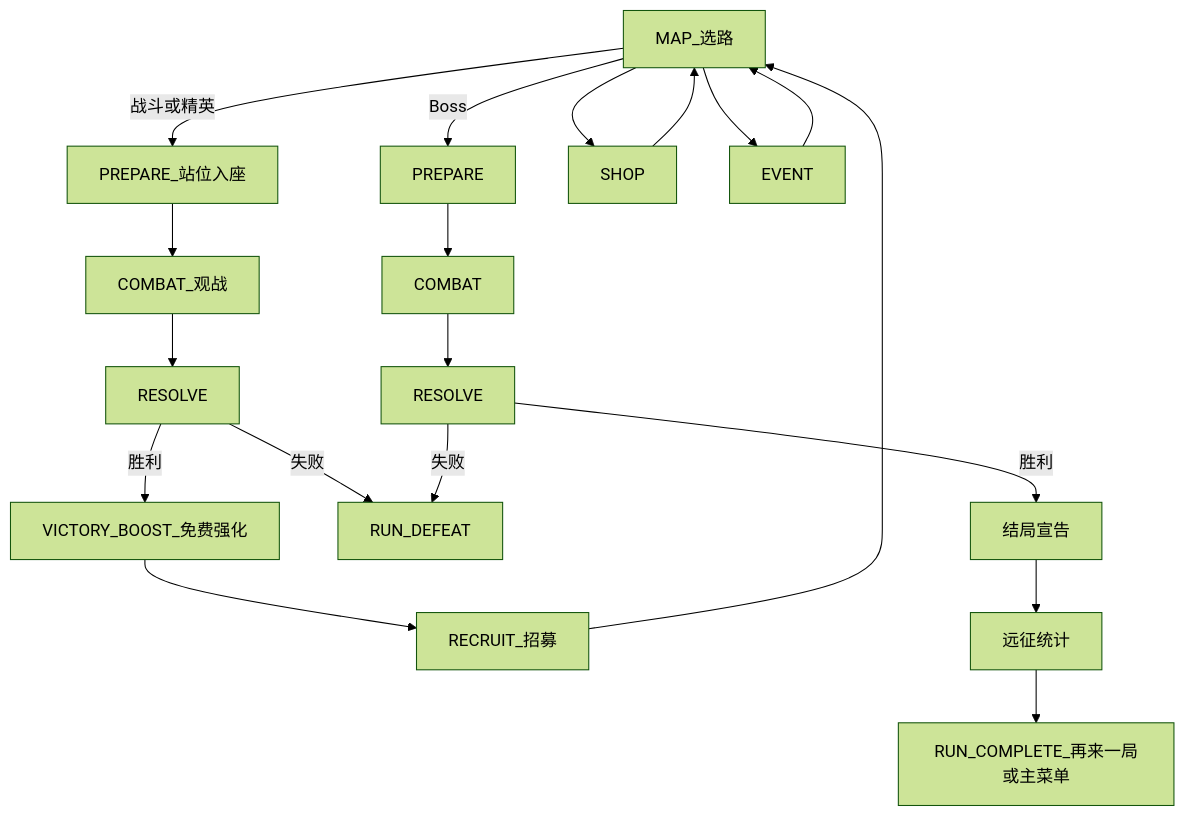
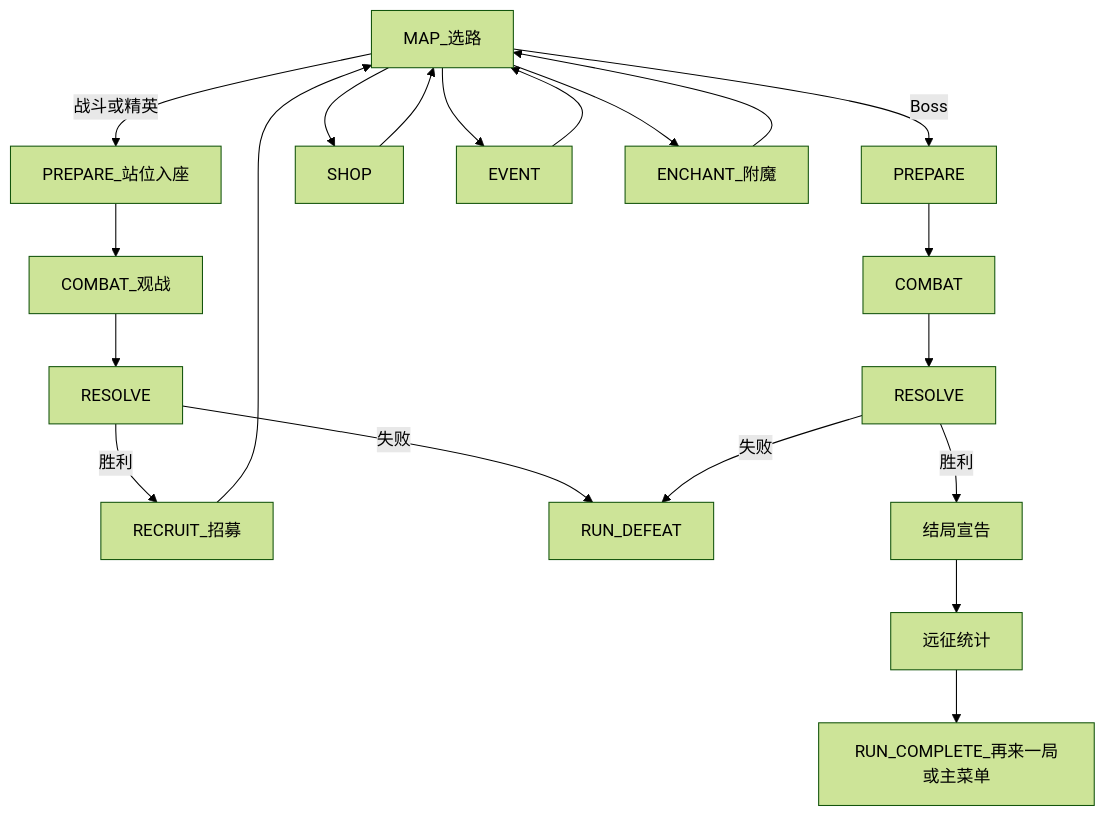
Before and after one commit to Kanerickyz/project-autochess: the diagram in Documents/GAME_VISION.md, drawn with Mermaid (forest theme). The commit also changed other lines of this file and 231 other files, not shown here.

````diff
--- a/Documents/GAME_VISION.md
+++ b/Documents/GAME_VISION.md
@@ -107,13 +105,14 @@
 ```mermaid
 flowchart TD
     Map[MAP_选路] -->|战斗或精英| Prep[PREPARE_站位入座] --> Combat[COMBAT_观战] --> Resolve[RESOLVE]
-    Resolve -->|胜利| Boost[VICTORY_BOOST_免费强化] --> Recruit[RECRUIT_招募] --> Map
+    Resolve -->|胜利| Recruit[RECRUIT_招募] --> Map
     Resolve -->|失败| RunDefeat[RUN_DEFEAT]
     Map -->|Boss| BossPrep[PREPARE] --> BossCombat[COMBAT] --> BossResolve[RESOLVE]
     BossResolve -->|胜利| RunResult[结局宣告]
     RunResult --> RunStats[远征统计]
     RunStats --> RunComplete[RUN_COMPLETE_再来一局或主菜单]
     BossResolve -->|失败| RunDefeat
     Map --> ShopNode[SHOP] --> Map
     Map --> Event[EVENT] --> Map
+    Map --> Enchant[ENCHANT_附魔] --> Map
 ```
````
